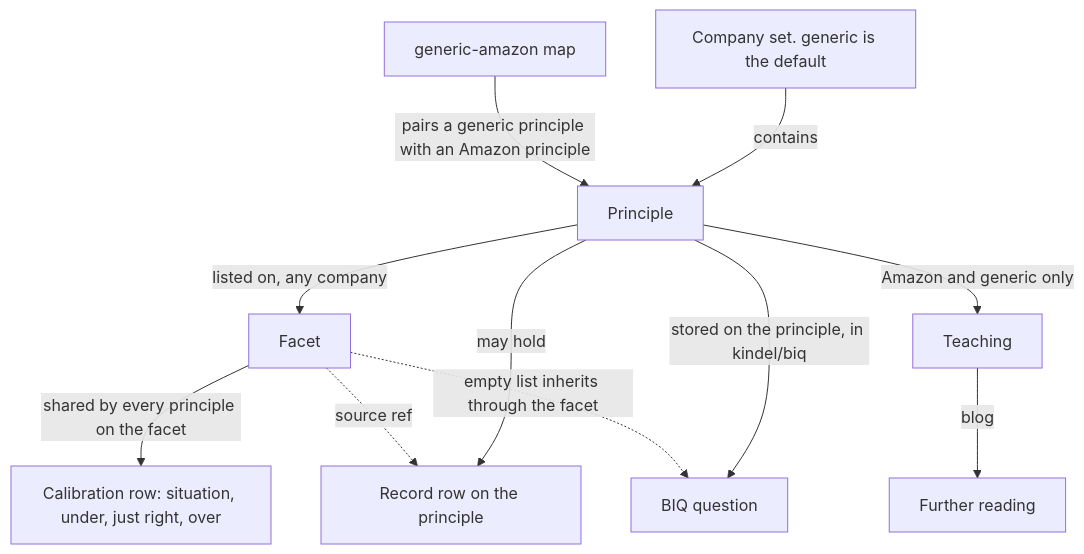
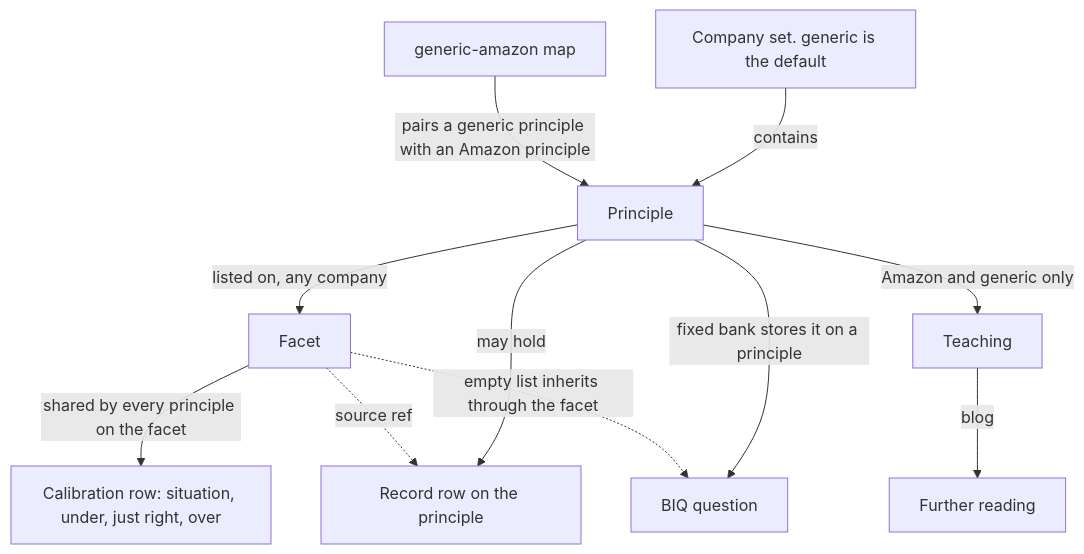
One commit to kindel/principles changed the first of 2 diagrams in README.md. Above: the diagram before and after it, drawn with Mermaid. The commit also changed other lines of this file and 2 other files, not shown here.

````diff
--- a/README.md
+++ b/README.md
@@ -11,23 +11,23 @@
 ```mermaid
 flowchart TD
   companySet["Company set. generic is the default"]
   principle["Principle"]
   facet["Facet"]
   calRow["Calibration row: situation, under, just right, over"]
   recordRow["Record row on the principle"]
   teaching["Teaching"]
   further["Further reading"]
   gmap["generic-amazon map"]
   biqQ["BIQ question"]
 
   companySet -->|contains| principle
   principle -->|listed on, any company| facet
   facet -->|shared by every principle on the facet| calRow
   principle -->|may hold| recordRow
   facet -.->|source ref| recordRow
   principle -->|Amazon and generic only| teaching
   teaching -->|blog| further
   gmap -->|pairs a generic principle with an Amazon principle| principle
-  principle -->|stored on the principle, in kindel/biq| biqQ
+  principle -->|fixed bank stores it on a principle| biqQ
   facet -.->|empty list inherits through the facet| biqQ
 ```
````
